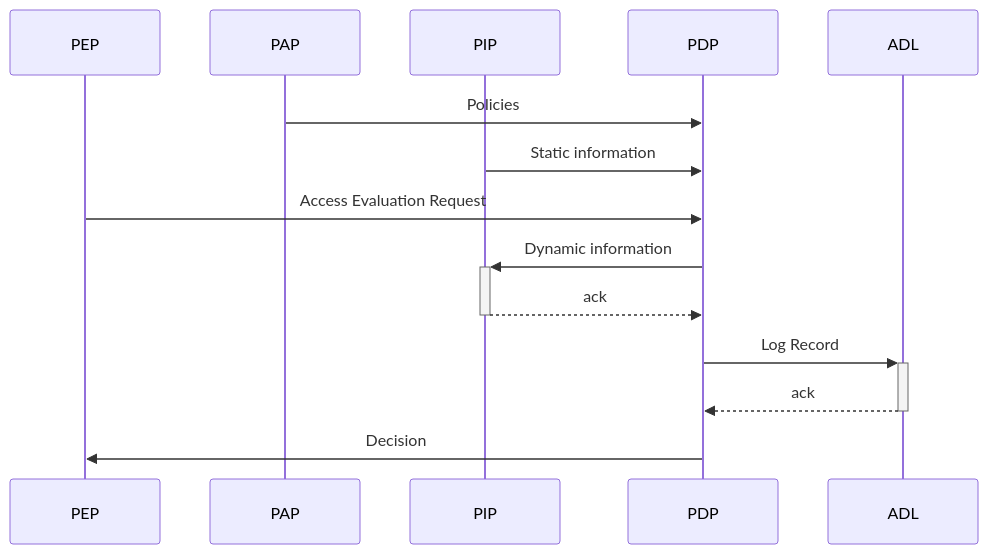
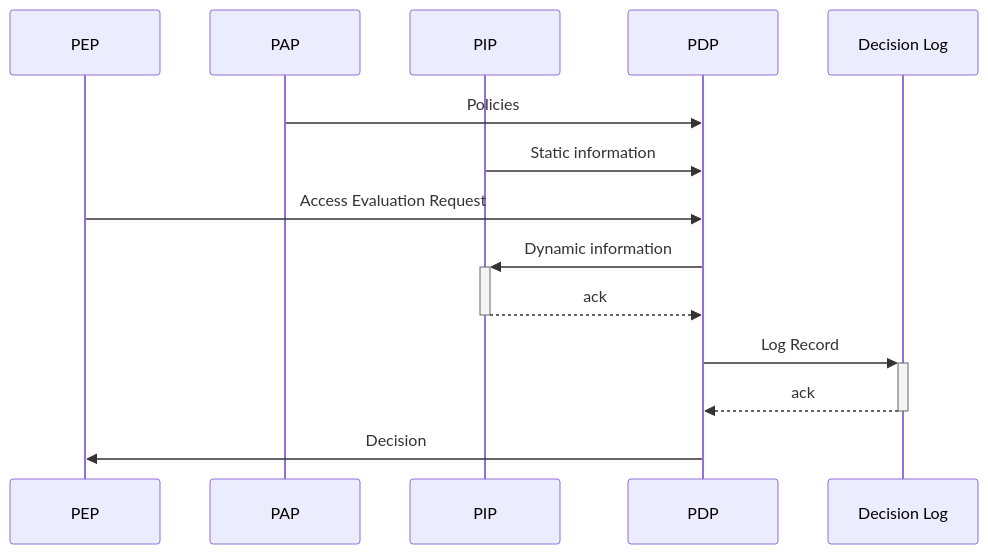
The diagram in images/writing-log-record.mmd (VNG-Realisatie/authorization-decision-log), drawn with Mermaid before and after one commit. The commit also changed 2 other files, not shown here.

```diff
--- a/images/writing-log-record.mmd
+++ b/images/writing-log-record.mmd
@@ -1,14 +1,14 @@
 sequenceDiagram
     participant PEP
     participant PAP
     participant PIP
     participant PDP
-    participant ADL
+    participant Decision Log
     PAP->>PDP: Policies
     PIP->>PDP: Static information
     PEP->>PDP: Access Evaluation Request
     PDP->>+PIP: Dynamic information
     PIP-->>-PDP: ack
-    PDP->>+ADL: Log Record
-    ADL-->>-PDP: ack
+    PDP->>+Decision Log: Log Record
+    Decision Log-->>-PDP: ack
     PDP->>PEP: Decision
```
